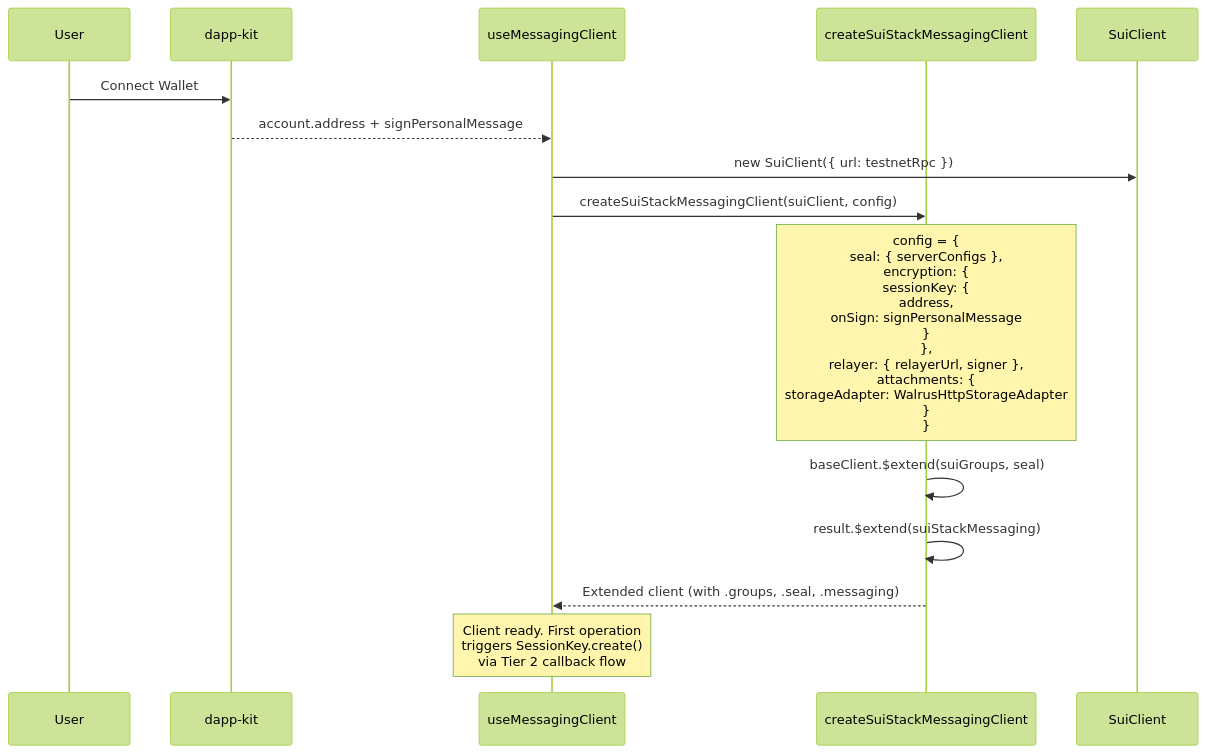
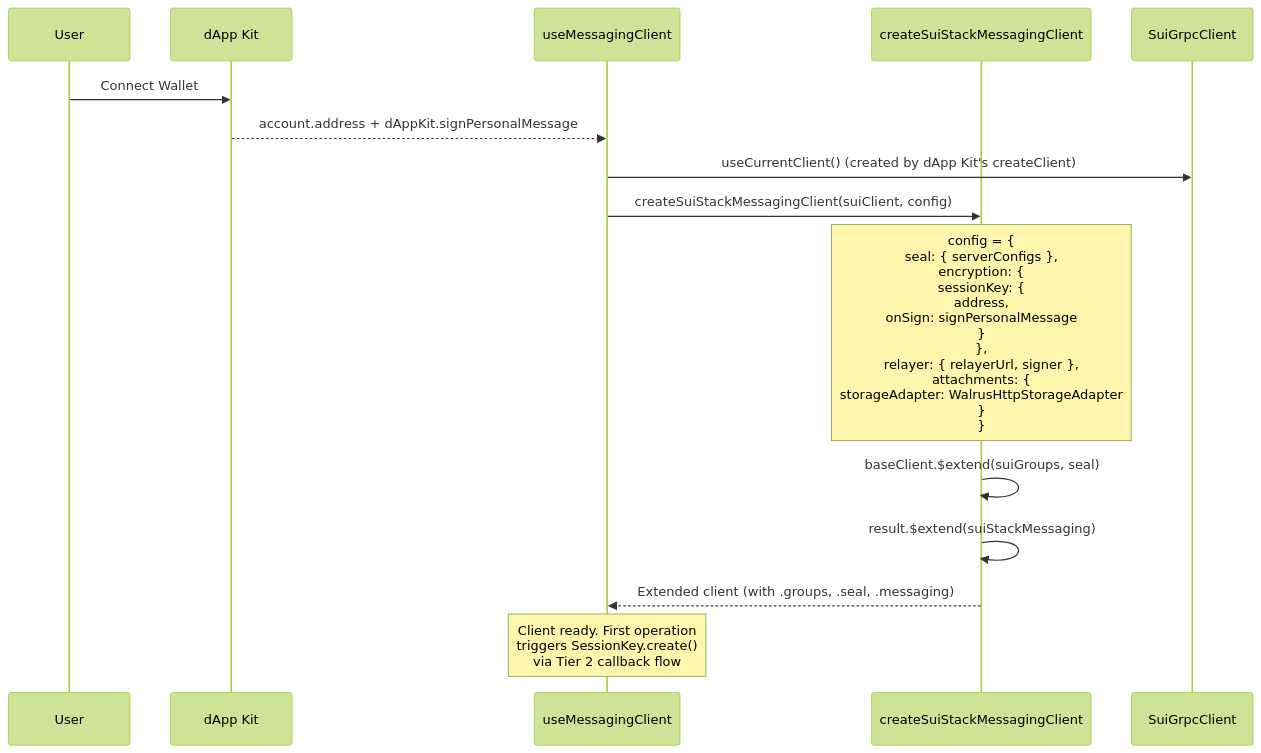
One commit to MystenLabs/sui-stack-messaging changed the second of 18 diagrams in chat-app/docs/SYSTEM_DESIGN.md. Above: the diagram before and after it, drawn with Mermaid (forest theme). The commit also changed other lines of this file and 2 other files, not shown here.

First line of the commit message:
docs(chat-app): update docs for the dapp-kit-react migration

````diff
--- a/chat-app/docs/SYSTEM_DESIGN.md
+++ b/chat-app/docs/SYSTEM_DESIGN.md
@@ -115,18 +115,18 @@
 ```mermaid
 sequenceDiagram
     participant User
-    participant DK as dapp-kit
+    participant DK as dApp Kit
     participant Hook as useMessagingClient
     participant Factory as createSuiStackMessagingClient
-    participant SUI as SuiClient
+    participant SUI as SuiGrpcClient
 
     User->>DK: Connect Wallet
-    DK-->>Hook: account.address + signPersonalMessage
-    Hook->>SUI: new SuiClient({ url: testnetRpc })
+    DK-->>Hook: account.address + dAppKit.signPersonalMessage
+    Hook->>SUI: useCurrentClient() (created by dApp Kit's createClient)
     Hook->>Factory: createSuiStackMessagingClient(suiClient, config)
     Note over Factory: config = {<br/>  seal: { serverConfigs },<br/>  encryption: {<br/>    sessionKey: {<br/>      address,<br/>      onSign: signPersonalMessage<br/>    }<br/>  },<br/>  relayer: { relayerUrl, signer },<br/>  attachments: {<br/>    storageAdapter: WalrusHttpStorageAdapter<br/>  }<br/>}
     Factory->>Factory: baseClient.$extend(suiGroups, seal)
     Factory->>Factory: result.$extend(suiStackMessaging)
     Factory-->>Hook: Extended client (with .groups, .seal, .messaging)
     Note over Hook: Client ready. First operation<br/>triggers SessionKey.create()<br/>via Tier 2 callback flow
 ```
````
